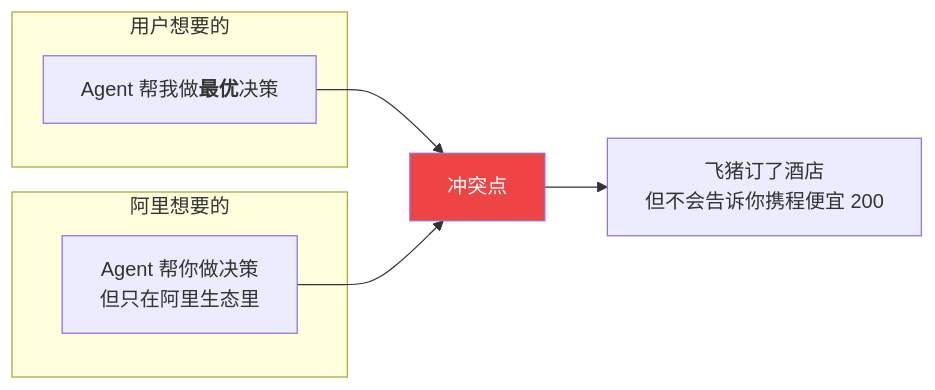
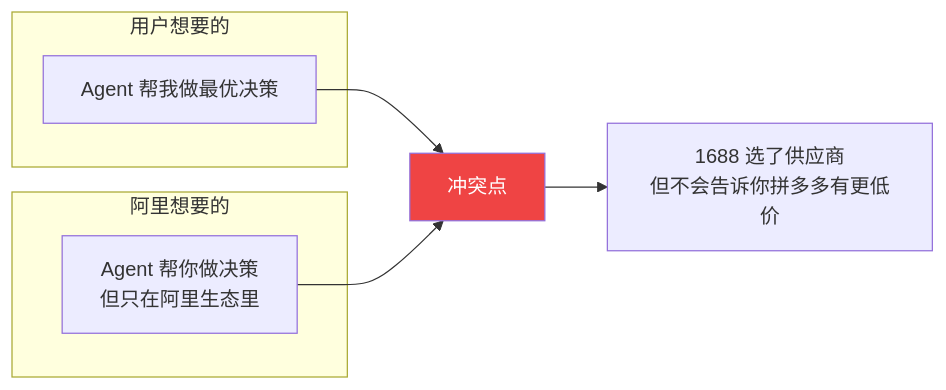
Before and after one commit to Trashwbin/quill: the third of 8 diagrams in content/zh/posts/visual-vs-api-permission.md, drawn with Mermaid. The commit also changed other lines of this file, not shown here.

````diff
--- a/content/zh/posts/visual-vs-api-permission.md
+++ b/content/zh/posts/visual-vs-api-permission.md
@@ -80,16 +82,16 @@
 ```mermaid
 graph LR
     subgraph "用户想要的"
-        U["Agent 帮我做<b>最优</b>决策"]
+        U["Agent 帮我做最优决策"]
     end
     
     subgraph "阿里想要的"
         A["Agent 帮你做决策<br/>但只在阿里生态里"]
     end
     
     U --> Gap["冲突点"]
     A --> Gap
-    Gap --> Result["飞猪订了酒店<br/>但不会告诉你携程便宜 200"]
+    Gap --> Result["1688 选了供应商<br/>但不会告诉你拼多多有更低价"]
     
     style Gap fill:#ef4444,color:#fff
 ```
````
